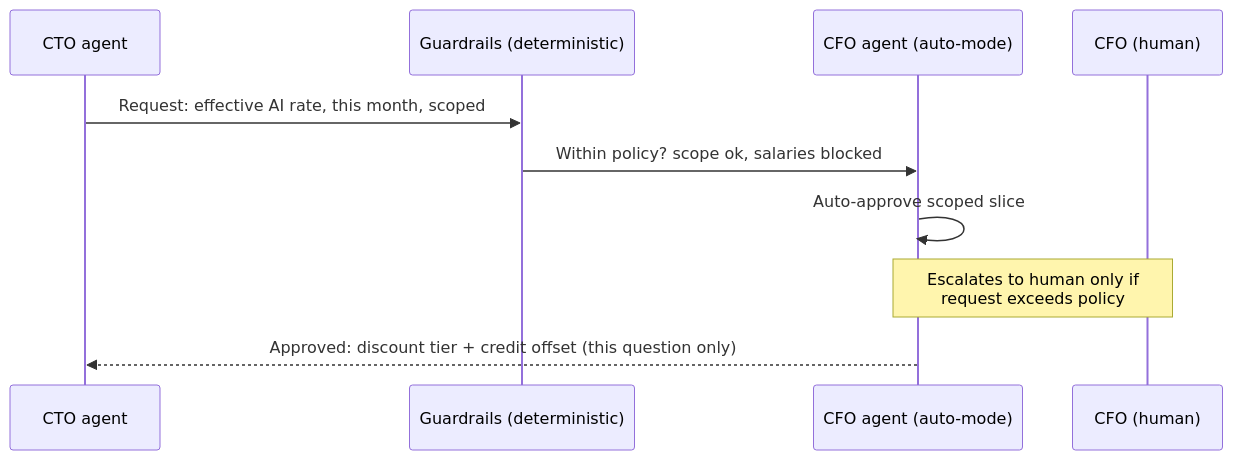
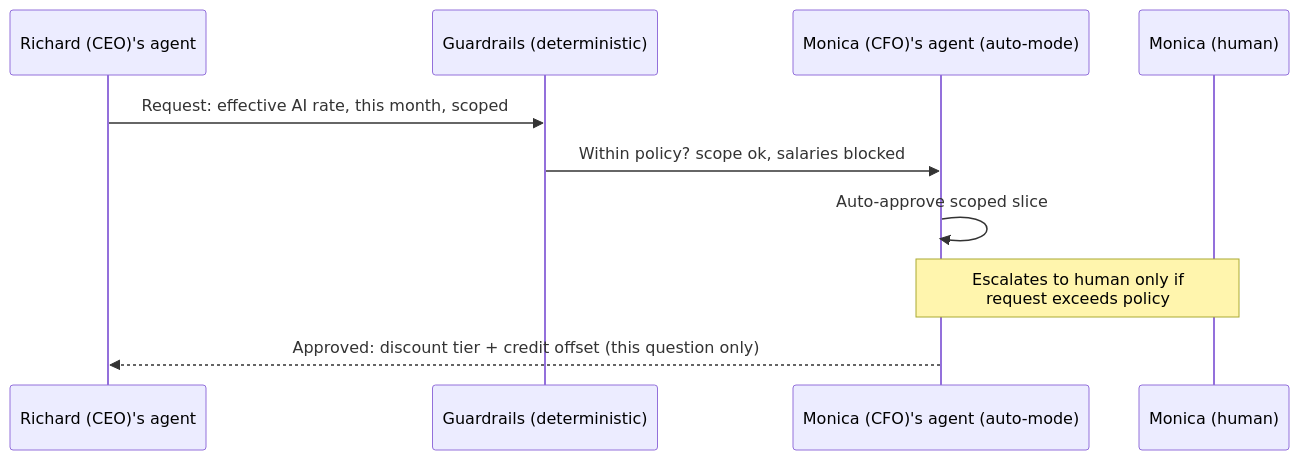
Before and after one commit to fractalboxdev/superai2026: the first of 3 diagrams in PRESENTATION.md, drawn with Mermaid. The commit also changed other lines of this file and 22 other files, not shown here.

````diff
--- a/PRESENTATION.md
+++ b/PRESENTATION.md
@@ -149,12 +164,12 @@
 ```mermaid
 sequenceDiagram
-    participant CTOa as CTO agent
+    participant CTOa as Richard (CEO)'s agent
     participant Guard as Guardrails (deterministic)
-    participant CFOa as CFO agent (auto-mode)
-    participant Human as CFO (human)
+    participant CFOa as Monica (CFO)'s agent (auto-mode)
+    participant Human as Monica (human)
     CTOa->>Guard: Request: effective AI rate, this month, scoped
     Guard->>CFOa: Within policy? scope ok, salaries blocked
     CFOa->>CFOa: Auto-approve scoped slice
     Note over CFOa,Human: Escalates to human only if<br/>request exceeds policy
     CFOa-->>CTOa: Approved: discount tier + credit offset (this question only)
 ```
````
